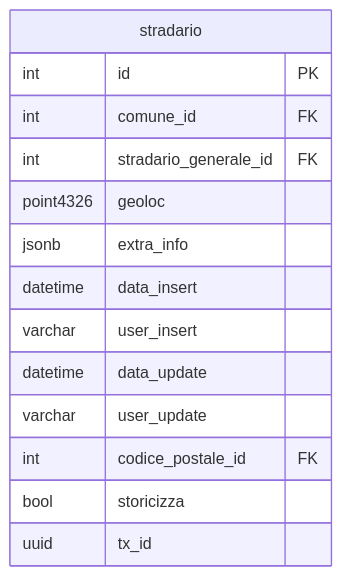
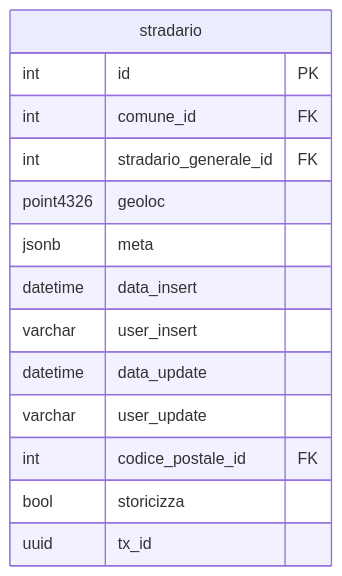
Before and after one commit to Tito-it/ZeroErp: the second of 2 diagrams in docs/it/dbzero/config/manual/stradario.md, drawn with Mermaid. The commit also changed other lines of this file and 27 other files, not shown here.

Commit message:
Refactor dei campi extra/extra_info in meta . Eseguito test alla tabella vendite.articolo-regole-fatturazione.

````diff
--- a/docs/it/dbzero/config/manual/stradario.md
+++ b/docs/it/dbzero/config/manual/stradario.md
@@ -87,19 +84,19 @@
 ```mermaid
 %%{init: {'er': {'layoutDirection': 'TB'}}}%%
 erDiagram
     stradario {
         int       id PK
         int       comune_id FK
         int       stradario_generale_id FK
         point4326 geoloc
-        jsonb     extra_info
+        jsonb     meta
         datetime  data_insert
         varchar   user_insert
         datetime  data_update
         varchar   user_update
         int       codice_postale_id FK
         bool      storicizza
         uuid      tx_id
     }
 
 ```
````
